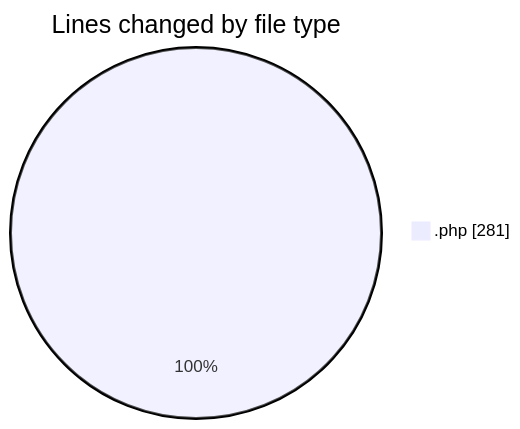
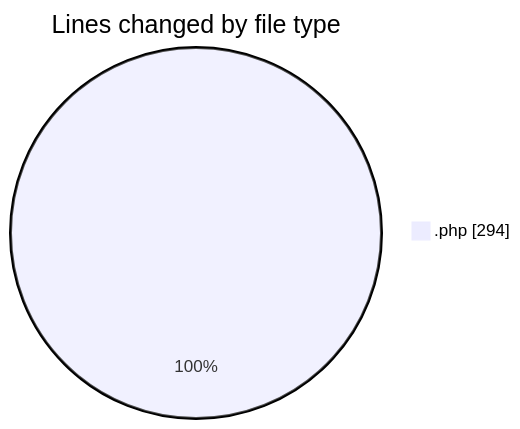
Before and after one commit to LanceThiago/code-tracking: the first of 2 diagrams in 2026-09-15/web/README.md, drawn with Mermaid. The commit also changed other lines of this file and 1 other file, not shown here.

````diff
--- a/2026-09-15/web/README.md
+++ b/2026-09-15/web/README.md
@@ -21,5 +21,5 @@
 ```mermaid
 pie showData
 title Lines changed by file type
-".php" : 281
+".php" : 294
 ```
````
